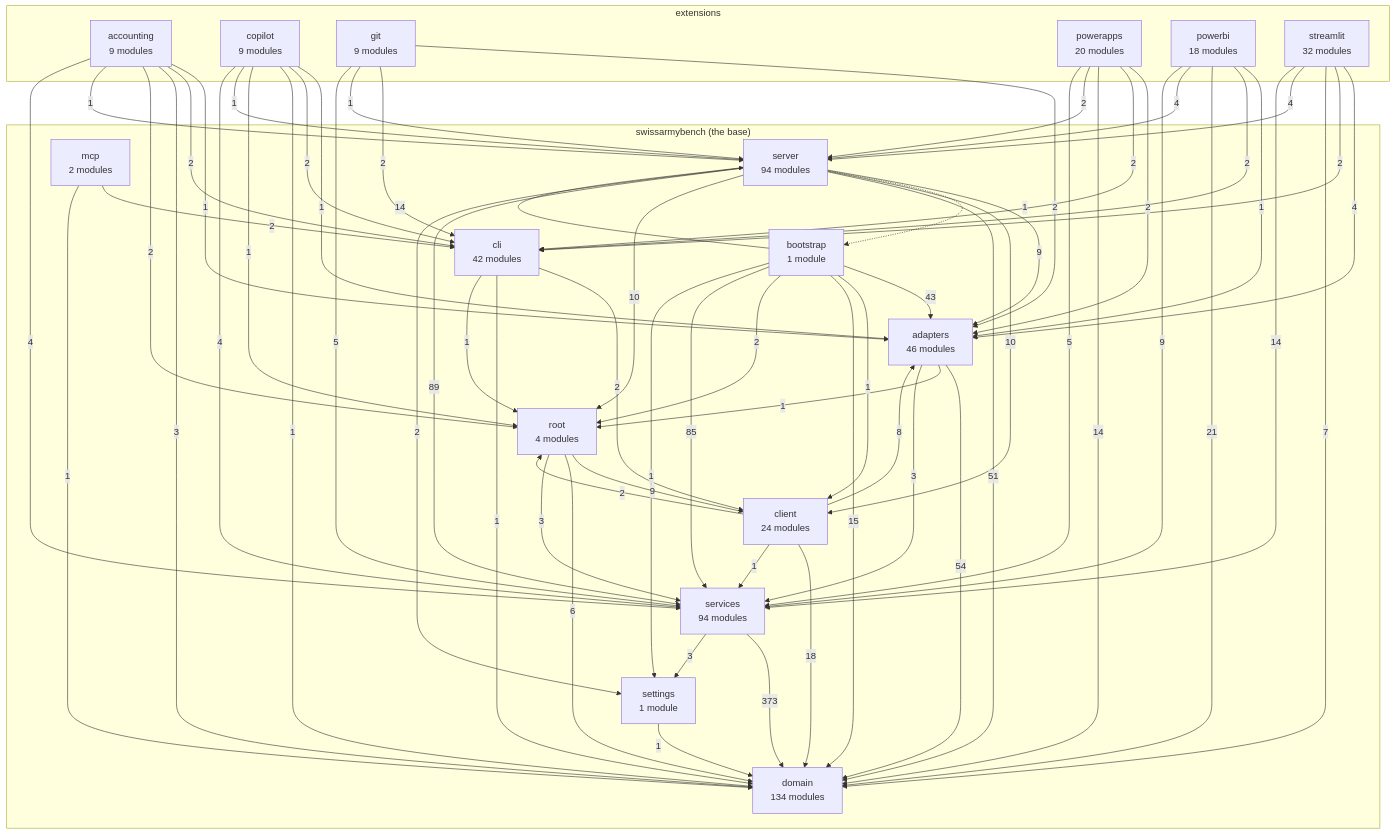
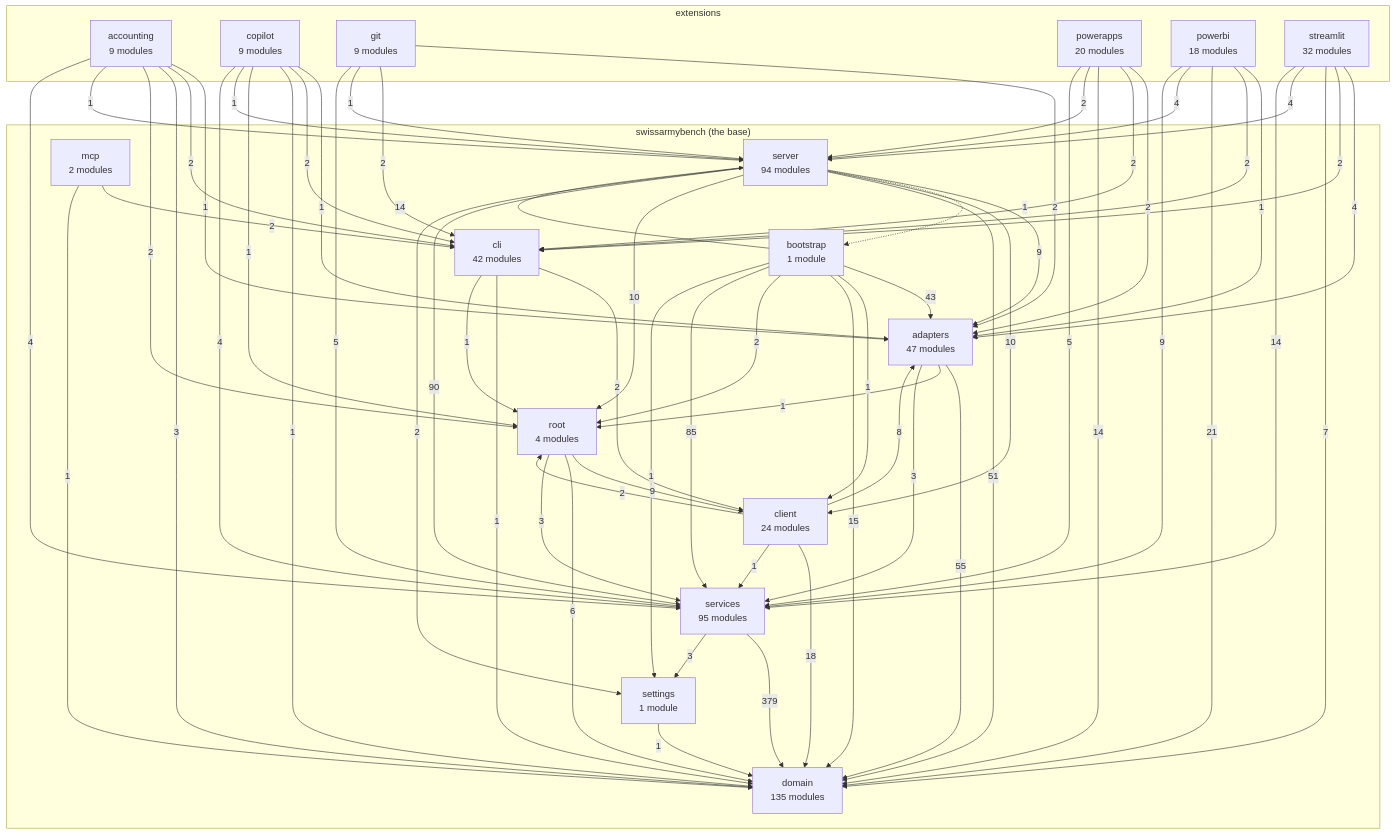
The diagram in docs/architecture-map.md (DylanCodyBrown/SwissArmyBench), drawn with Mermaid before and after one commit. The commit also changed other lines of this file and 5 other files, not shown here.

````diff
--- a/docs/architecture-map.md
+++ b/docs/architecture-map.md
@@ -17,10 +17,10 @@
 ```mermaid
 flowchart TB
     subgraph base["swissarmybench (the base)"]
-        domain["domain<br/>134 modules"]
+        domain["domain<br/>135 modules"]
         settings["settings<br/>1 module"]
-        services["services<br/>94 modules"]
-        adapters["adapters<br/>46 modules"]
+        services["services<br/>95 modules"]
+        adapters["adapters<br/>47 modules"]
         cli["cli<br/>42 modules"]
         client["client<br/>24 modules"]
         root["root<br/>4 modules"]
@@ -36,7 +36,7 @@
         ext_powerbi["powerbi<br/>18 modules"]
         ext_streamlit["streamlit<br/>32 modules"]
     end
-    adapters -->|54| domain
+    adapters -->|55| domain
     adapters -->|1| root
     adapters -->|3| services
     bootstrap -->|43| adapters
@@ -94,9 +94,9 @@
     server -->|10| client
     server -->|51| domain
     server -->|10| root
-    server -->|89| services
+    server -->|90| services
     server -->|2| settings
-    services -->|373| domain
+    services -->|379| domain
     services -->|3| settings
     settings -->|1| domain
 ```
````
